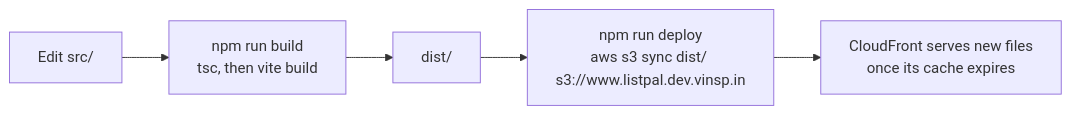
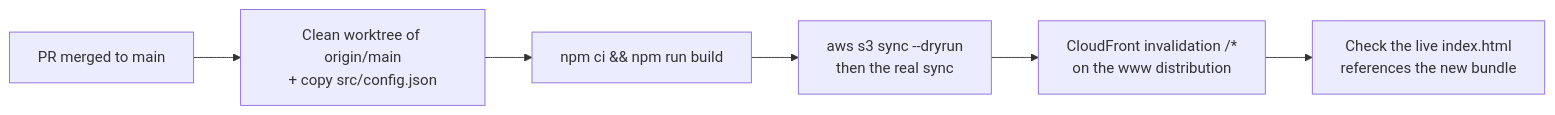
The sixth of 6 diagrams in ARCHITECTURE.md (TomBenjaminMorris/listpal-frontend), drawn with Mermaid before and after one commit. The commit also changed other lines of this file and 14 other files, not shown here.

````diff
--- a/ARCHITECTURE.md
+++ b/ARCHITECTURE.md
@@ -275,7 +283,8 @@
 ```mermaid
 flowchart LR
-    A["Edit src/"] --> B["npm run build<br/>tsc, then vite build"]
-    B --> C["dist/"]
-    C --> D["npm run deploy<br/>aws s3 sync dist/ s3://www.listpal.dev.vinsp.in"]
-    D --> E["CloudFront serves new files<br/>once its cache expires"]
+    A["PR merged to main"] --> B["Clean worktree of origin/main<br/>+ copy src/config.json"]
+    B --> C["npm ci && npm run build"]
+    C --> D["aws s3 sync --dryrun<br/>then the real sync"]
+    D --> E["CloudFront invalidation /*<br/>on the www distribution"]
+    E --> F["Check the live index.html<br/>references the new bundle"]
 ```
````
